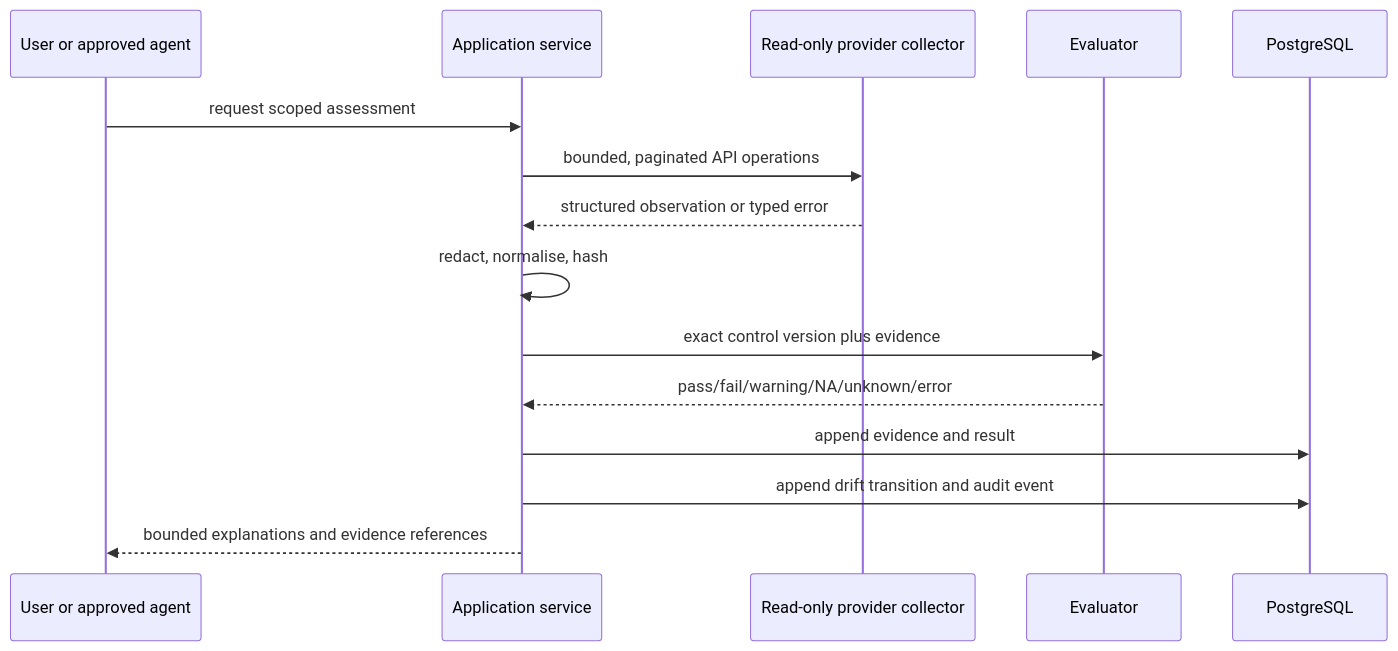
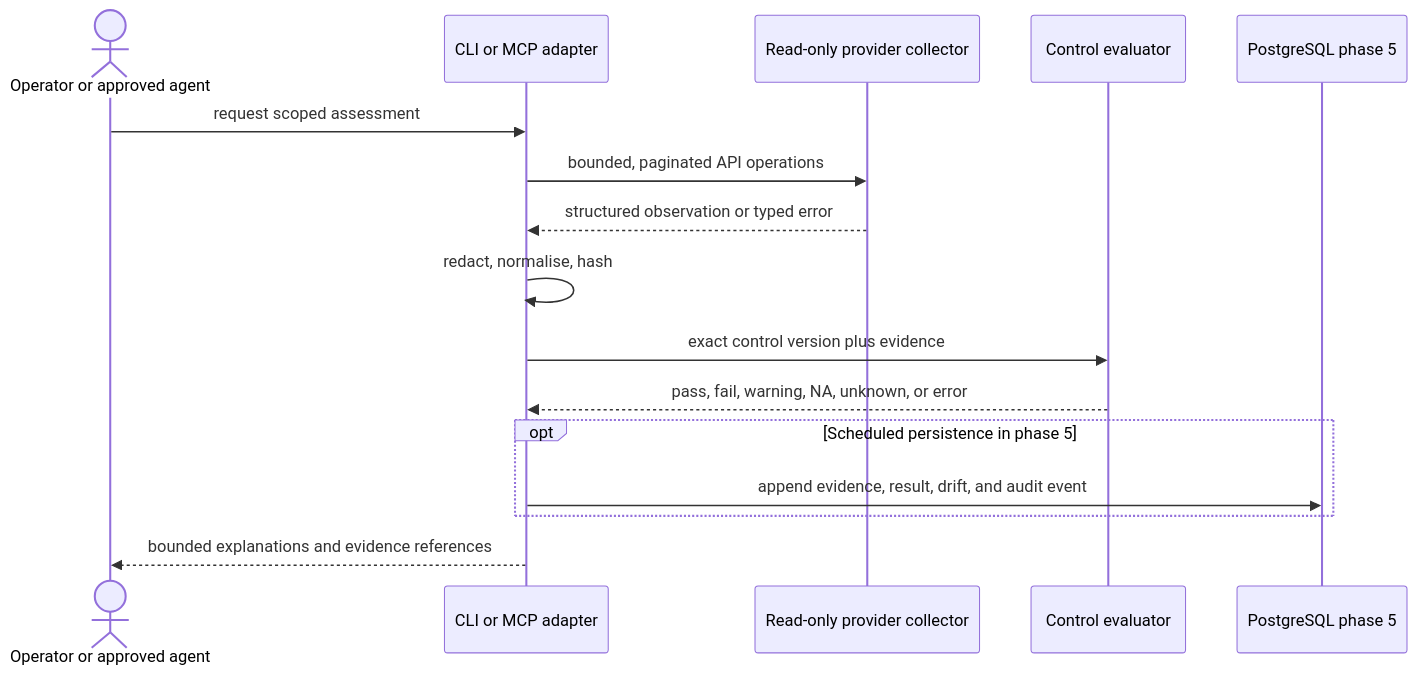
Before and after one commit to jusso-dev/TriSoc: the second of 3 diagrams in ARCHITECTURE.md, drawn with Mermaid. The commit also changed other lines of this file and 1 other file, not shown here.

````diff
--- a/ARCHITECTURE.md
+++ b/ARCHITECTURE.md
@@ -35,17 +66,18 @@
 ```mermaid
 sequenceDiagram
-  participant U as User or approved agent
-  participant A as Application service
+  actor U as Operator or approved agent
+  participant A as CLI or MCP adapter
   participant P as Read-only provider collector
-  participant E as Evaluator
-  participant D as PostgreSQL
+  participant E as Control evaluator
+  participant D as PostgreSQL phase 5
   U->>A: request scoped assessment
   A->>P: bounded, paginated API operations
   P-->>A: structured observation or typed error
   A->>A: redact, normalise, hash
   A->>E: exact control version plus evidence
-  E-->>A: pass/fail/warning/NA/unknown/error
-  A->>D: append evidence and result
-  A->>D: append drift transition and audit event
+  E-->>A: pass, fail, warning, NA, unknown, or error
+  opt Scheduled persistence in phase 5
+    A->>D: append evidence, result, drift, and audit event
+  end
   A-->>U: bounded explanations and evidence references
 ```
````
